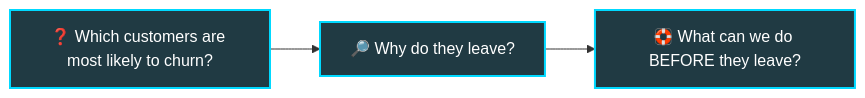
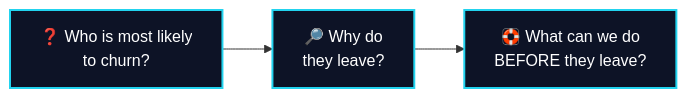
The first of 4 diagrams in README.md (Nilesh-builds/customer-churn-analysis), drawn with Mermaid before and after one commit. The commit also changed other lines of this file and 5 other files, not shown here.

````diff
--- a/README.md
+++ b/README.md
@@ -107,6 +81,6 @@
 ```mermaid
 flowchart LR
-    Q["❓ Which customers are most likely to churn?"] --> W["🔎 Why do they leave?"] --> A["🛟 What can we do BEFORE they leave?"]
-    classDef q fill:#203a43,stroke:#00d9ff,stroke-width:2px,color:#ffffff;
+    Q["❓ Who is most likely<br/>to churn?"] --> W["🔎 Why do<br/>they leave?"] --> A["🛟 What can we do<br/>BEFORE they leave?"]
+    classDef q fill:#0d1326,stroke:#22d3ee,stroke-width:2px,color:#ffffff;
     class Q,W,A q;
 ```
````
